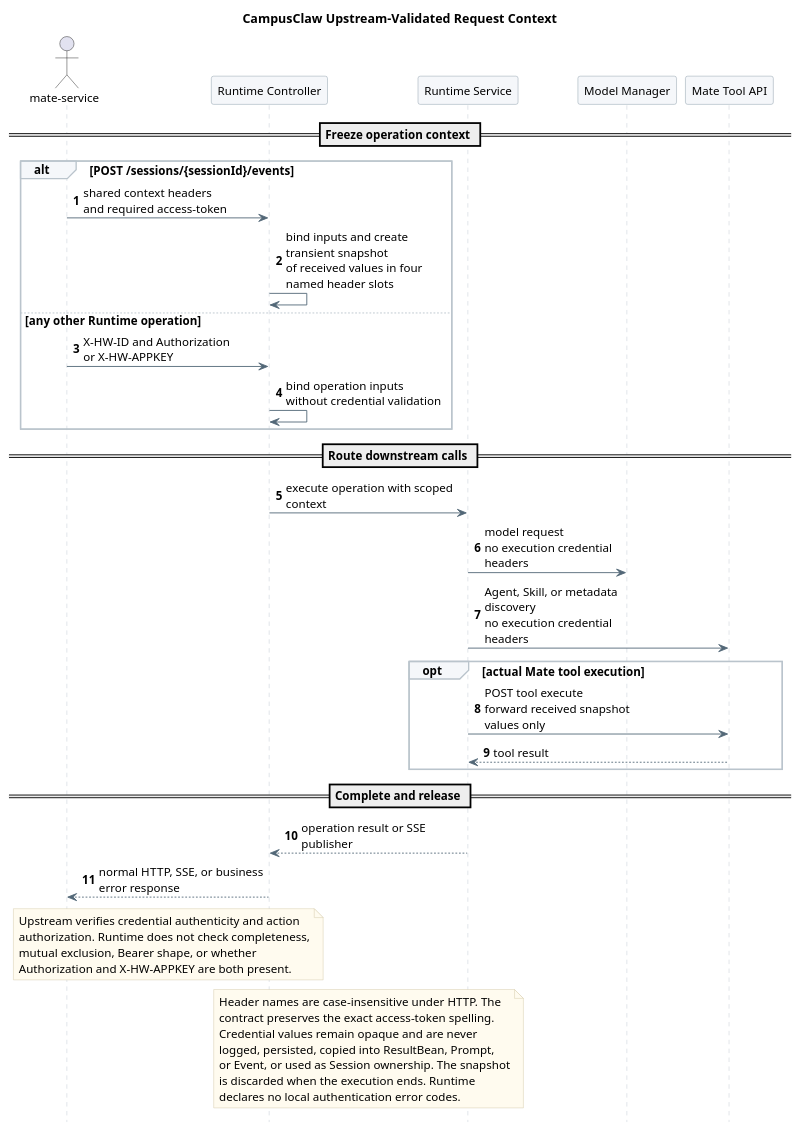
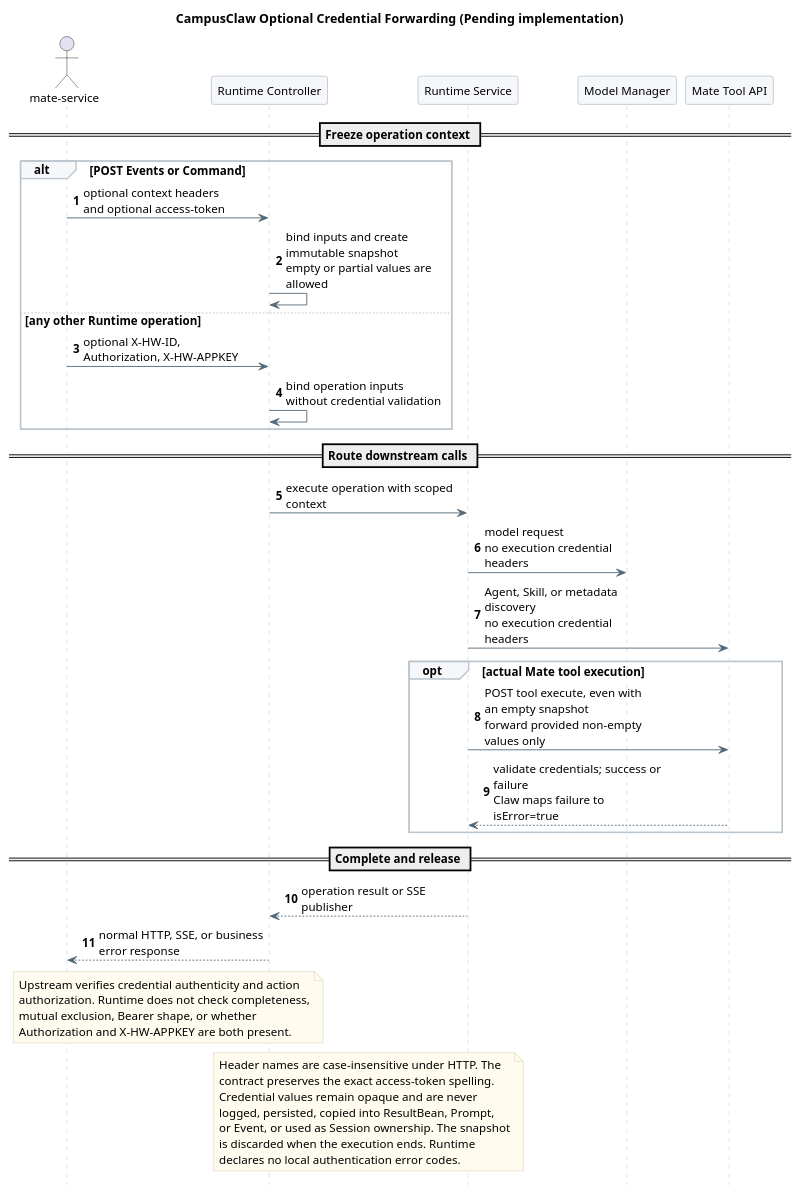
Before and after one commit to ssm0808/pi-mono-java-design: the second of 2 diagrams in 01-总体架构/01-CampusClaw多Agent运行时/设计图/HTTP契约/diagram.puml, drawn with PlantUML. The commit also changed 22 other files, not shown here.

```diff
--- a/01-总体架构/01-CampusClaw多Agent运行时/设计图/HTTP契约/diagram.puml
+++ b/01-总体架构/01-CampusClaw多Agent运行时/设计图/HTTP契约/diagram.puml
@@ -64,76 +64,76 @@
 @startuml http_dual_authentication
 skinparam backgroundColor white
 skinparam defaultFontName SansSerif
 skinparam defaultFontSize 13
 skinparam shadowing false
 skinparam sequenceMessageAlign left
 skinparam maxMessageSize 190
 skinparam sequenceArrowColor #526777
 skinparam sequenceLifeLineBorderColor #BAC4CC
 skinparam sequenceParticipantBackgroundColor #F5F7FA
 skinparam sequenceParticipantBorderColor #8496A4
 skinparam sequenceGroupBackgroundColor #F5F7FA
 skinparam sequenceGroupBorderColor #BAC4CC
 skinparam noteBackgroundColor #FFFBEF
 skinparam noteBorderColor #D2C6A5
 hide footbox
 autonumber
-title CampusClaw Upstream-Validated Request Context
+title CampusClaw Optional Credential Forwarding (Pending implementation)
 
-' Source evidence (pi-mono-java 320d790726a70aada6100052952d5494d2a378ac):
+' Source evidence (pi-mono-java 21c3f59be033e7bdd5506a2d9d48baa2581bc3c7):
 ' modules/coding-agent-cli/src/main/java/com/campusclaw/codingagent/runtimeapi/web/
 ' RuntimeEventController.java: submit; RuntimeRequestContext.java: mateCredentials.
 ' modules/coding-agent-cli/src/main/java/com/campusclaw/codingagent/common/client/
 ' HttpMateToolClient.java: invokeTool, queryToolIdsByAgentId, queryToolIdsBySkillId, queryToolMetaByIds.
 ' modules/coding-agent-cli/src/main/java/com/campusclaw/codingagent/common/dto/RequestHeaderInfo.java: toHeaders.
-' Observed behavior: Runtime captures three headers and forwards them to discovery and execute requests.
-' Java divergence: Runtime does not capture access-token; RequestHeaderInfo instead names X-Access-Token.
-' Product constraint: all operations keep shared context headers; POST Events also requires access-token.
+' Observed behavior: four headers are captured; RuntimeEventService.requireCredentials still rejects incomplete values.
+' Pending implementation: remove local checks in the entry, CallMateTool.execute, and HttpMateToolClient.invokeTool.
+' Product constraint: context headers are optional; POST Events and Command may include access-token.
 ' Security hardening: keep received values only in one execution snapshot and never persist or log them.
 ' Security boundary: discovery, model, and other calls are credential-free; only Mate execute forwards
 ' the received X-HW-ID, Authorization, X-HW-APPKEY, and access-token values without renaming.
 
 
 actor "mate-service" as Caller
 participant "Runtime Controller" as Controller
 participant "Runtime Service" as Service
 participant "Model Manager" as Model
 participant "Mate Tool API" as Mate
 
 == Freeze operation context ==
-alt POST /sessions/{sessionId}/events
-  Caller -> Controller : shared context headers\nand required access-token
-  Controller -> Controller : bind inputs and create transient snapshot\nof received values in four named header slots
+alt POST Events or Command
+  Caller -> Controller : optional context headers\nand optional access-token
+  Controller -> Controller : bind inputs and create immutable snapshot\nempty or partial values are allowed
 else any other Runtime operation
-  Caller -> Controller : X-HW-ID and Authorization\nor X-HW-APPKEY
+  Caller -> Controller : optional X-HW-ID, Authorization, X-HW-APPKEY
   Controller -> Controller : bind operation inputs\nwithout credential validation
 end
 == Route downstream calls ==
 Controller -> Service : execute operation with scoped context
 Service -> Model : model request\nno execution credential headers
 Service -> Mate : Agent, Skill, or metadata discovery\nno execution credential headers
 opt actual Mate tool execution
-  Service -> Mate : POST tool execute\nforward received snapshot values only
-  Mate --> Service : tool result
+  Service -> Mate : POST tool execute, even with an empty snapshot\nforward provided non-empty values only
+  Mate --> Service : validate credentials; success or failure\nClaw maps failure to isError=true
 end
 == Complete and release ==
 Service --> Controller : operation result or SSE publisher
 Controller --> Caller : normal HTTP, SSE, or business error response
 
 note over Caller,Controller
   Upstream verifies credential authenticity and action
   authorization. Runtime does not check completeness,
   mutual exclusion, Bearer shape, or whether
   Authorization and X-HW-APPKEY are both present.
 end note
 
 note over Controller,Service
   Header names are case-insensitive under HTTP. The
   contract preserves the exact access-token spelling.
   Credential values remain opaque and are never
   logged, persisted, copied into ResultBean, Prompt,
   or Event, or used as Session ownership. The snapshot
   is discarded when the execution ends. Runtime
   declares no local authentication error codes.
 end note
 @enduml
```
